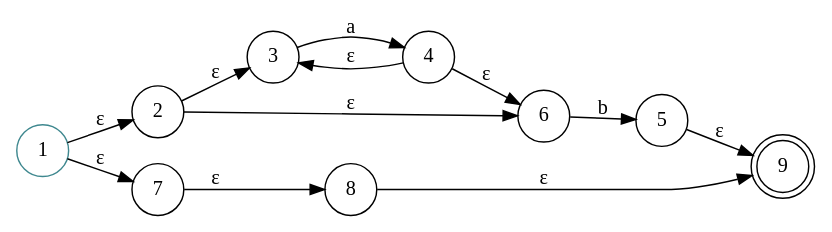
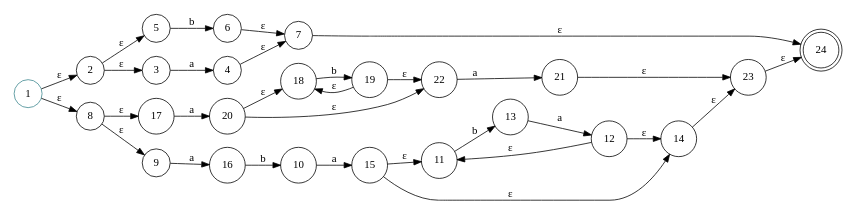
The diagram in Entrega final/NFA_Actual.gv (josepablito16/Regex-Engine), drawn with Graphviz before and after one commit. The commit also changed 10 other files, not shown here.

```diff
--- a/Entrega final/NFA_Actual.gv
+++ b/Entrega final/NFA_Actual.gv
@@ -1,18 +1,37 @@
 digraph finite_state_machine {
 	rankdir=LR size="8,5"
 	node [shape=doublecircle]
-	9
+	24
 	node [shape=circle]
 	1 [color="#3F888F"]
 	1 -> 2 [label="ε"]
-	1 -> 7 [label="ε"]
-	7 -> 8 [label="ε"]
+	1 -> 8 [label="ε"]
+	8 -> 17 [label="ε"]
 	8 -> 9 [label="ε"]
+	9 -> 16 [label=a]
+	10 -> 15 [label=a]
+	11 -> 13 [label=b]
+	12 -> 11 [label="ε"]
+	12 -> 14 [label="ε"]
+	13 -> 12 [label=a]
+	14 -> 23 [label="ε"]
+	15 -> 11 [label="ε"]
+	15 -> 14 [label="ε"]
+	16 -> 10 [label=b]
+	17 -> 20 [label=a]
+	18 -> 19 [label=b]
+	19 -> 18 [label="ε"]
+	19 -> 22 [label="ε"]
+	20 -> 18 [label="ε"]
+	20 -> 22 [label="ε"]
+	21 -> 23 [label="ε"]
+	22 -> 21 [label=a]
+	23 -> 24 [label="ε"]
+	2 -> 5 [label="ε"]
 	2 -> 3 [label="ε"]
-	2 -> 6 [label="ε"]
 	3 -> 4 [label=a]
-	4 -> 3 [label="ε"]
-	4 -> 6 [label="ε"]
-	5 -> 9 [label="ε"]
-	6 -> 5 [label=b]
+	4 -> 7 [label="ε"]
+	5 -> 6 [label=b]
+	6 -> 7 [label="ε"]
+	7 -> 24 [label="ε"]
 }
```
